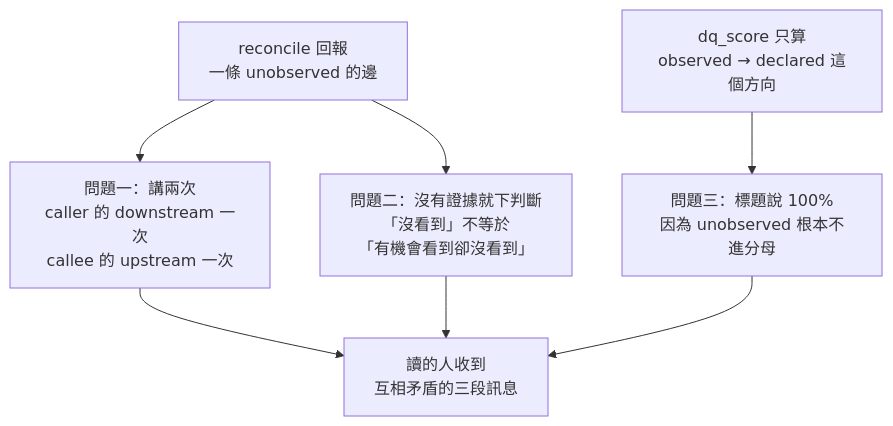
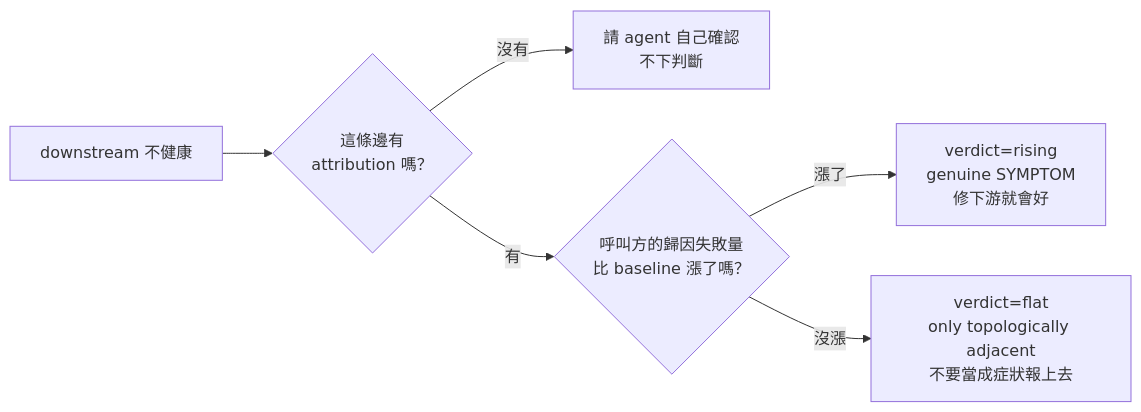
The second of 2 diagrams in weaver-demo/ironman-2026/day16.md (tedmax100/o11y-bench), drawn with Mermaid before and after one commit. The commit also changed other lines of this file and 81 other files, not shown here.

````diff
--- a/weaver-demo/ironman-2026/day16.md
+++ b/weaver-demo/ironman-2026/day16.md
@@ -45,9 +189,8 @@
 ```mermaid
-flowchart TB
-    D["reconcile 回報<br/>一條 unobserved 的邊"] --> P1["問題一：講兩次<br/>caller 的 downstream 一次<br/>callee 的 upstream 一次"]
-    D --> P2["問題二：沒有證據就下判斷<br/>「沒看到」不等於<br/>「有機會看到卻沒看到」"]
-    S["dq_score 只算<br/>observed → declared 這個方向"] --> P3["問題三：標題說 100%<br/>因為 unobserved 根本不進分母"]
-    P1 --> N["讀的人收到<br/>互相矛盾的三段訊息"]
-    P2 --> N
-    P3 --> N
+flowchart LR
+    S["downstream 不健康"] --> Q{"這條邊有<br/>attribution 嗎？"}
+    Q -->|沒有| C["請 agent 自己確認<br/>不下判斷"]
+    Q -->|有| D{"呼叫方的歸因失敗量<br/>比 baseline 漲了嗎？"}
+    D -->|漲了| E["verdict=rising<br/>genuine SYMPTOM<br/>修下游就會好"]
+    D -->|沒漲| F["verdict=flat<br/>only topologically adjacent<br/>不要當成症狀報上去"]
 ```
````
